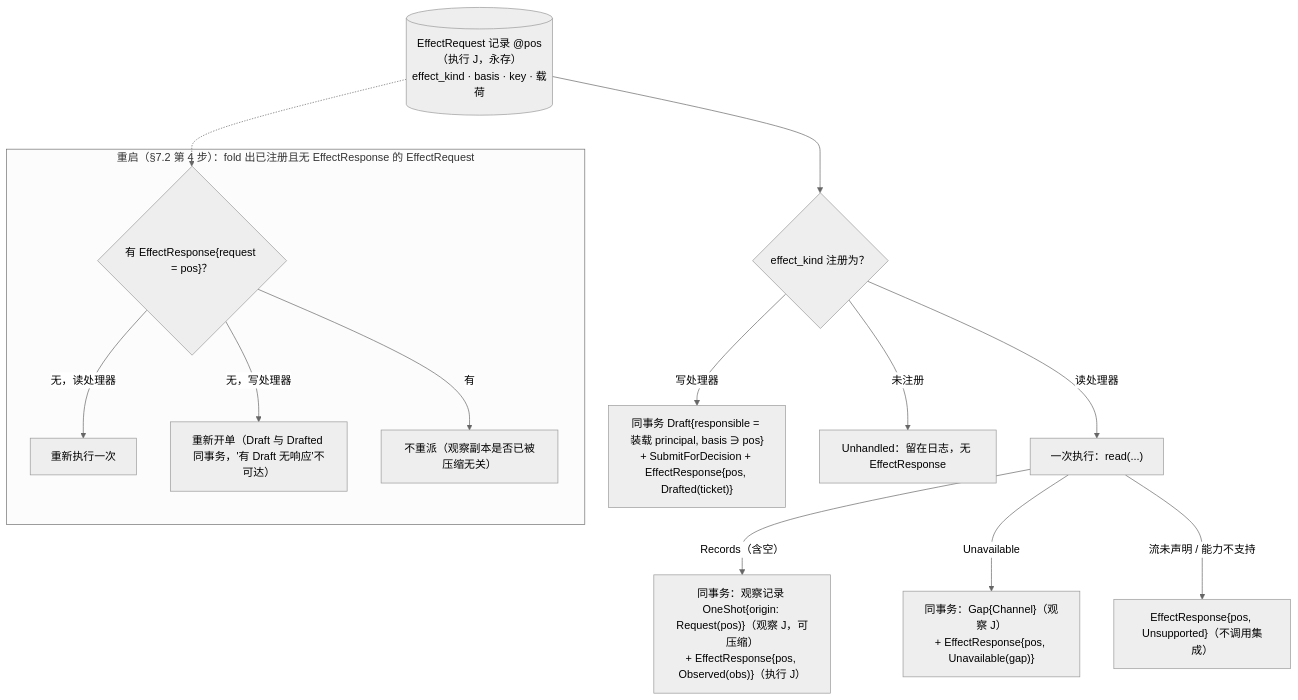
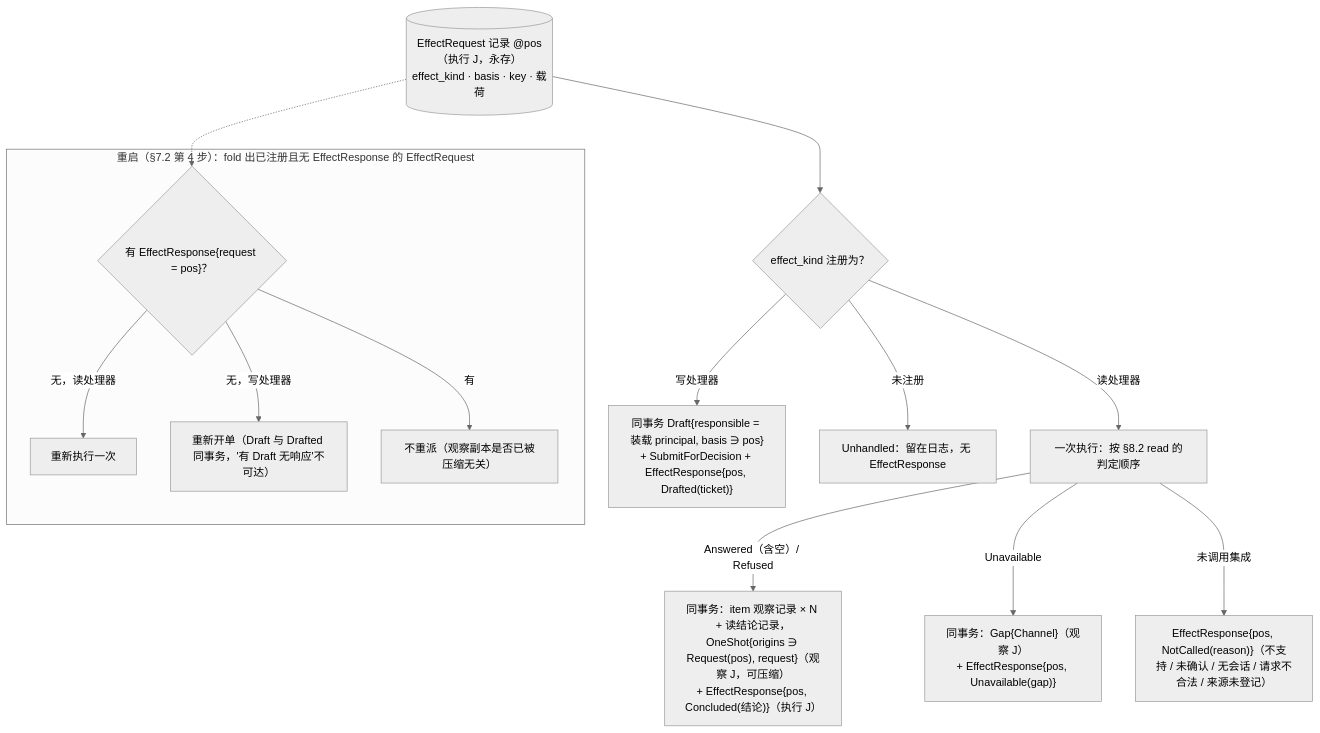
The third of 3 diagrams in design/diagrams/04-program-host.md (mouriya-s-lab/uta), drawn with Mermaid (neutral theme) before and after one commit. The commit also changed other lines of this file and 13 other files, not shown here.

````diff
--- a/design/diagrams/04-program-host.md
+++ b/design/diagrams/04-program-host.md
@@ -97,19 +98,19 @@
 ```mermaid
 flowchart TB
   ER[("EffectRequest 记录 @pos（执行 J，永存）<br/>effect_kind · basis · key · 载荷")]
   REG{"effect_kind 注册为？"}
   ER --> REG
-  REG -->|"读处理器"| RD["一次执行：read(...)"]
-  RD -->|"Records（含空）"| R1["同事务：观察记录 OneShot{origin: Request(pos)}（观察 J，可压缩）<br/>+ EffectResponse{pos, Observed(obs)}（执行 J）"]
+  REG -->|"读处理器"| RD["一次执行：按 §8.2 read 的判定顺序"]
+  RD -->|"Answered（含空）/ Refused"| R1["同事务：item 观察记录 × N + 读结论记录，OneShot{origins ∋ Request(pos), request}（观察 J，可压缩）<br/>+ EffectResponse{pos, Concluded(结论)}（执行 J）"]
   RD -->|"Unavailable"| R2["同事务：Gap{Channel}（观察 J）<br/>+ EffectResponse{pos, Unavailable(gap)}"]
-  RD -->|"流未声明 / 能力不支持"| R3["EffectResponse{pos, Unsupported}（不调用集成）"]
+  RD -->|"未调用集成"| R3["EffectResponse{pos, NotCalled(reason)}（不支持 / 未确认 / 无会话 / 请求不合法 / 来源未登记）"]
   REG -->|"写处理器"| WR["同事务 Draft{responsible = 装载 principal, basis ∋ pos}<br/>+ SubmitForDecision + EffectResponse{pos, Drafted(ticket)}"]
   REG -->|"未注册"| UH["Unhandled：留在日志，无 EffectResponse"]
   subgraph RESTART["重启（§7.2 第 4 步）：fold 出已注册且无 EffectResponse 的 EffectRequest"]
     Q1{"有 EffectResponse{request = pos}？"}
     Q1 -->|"无，读处理器"| RD2["重新执行一次"]
     Q1 -->|"无，写处理器"| WR2["重新开单（Draft 与 Drafted 同事务，'有 Draft 无响应'不可达）"]
     Q1 -->|"有"| SKIP["不重派（观察副本是否已被压缩无关）"]
   end
   ER -.-> Q1
 ```
````
